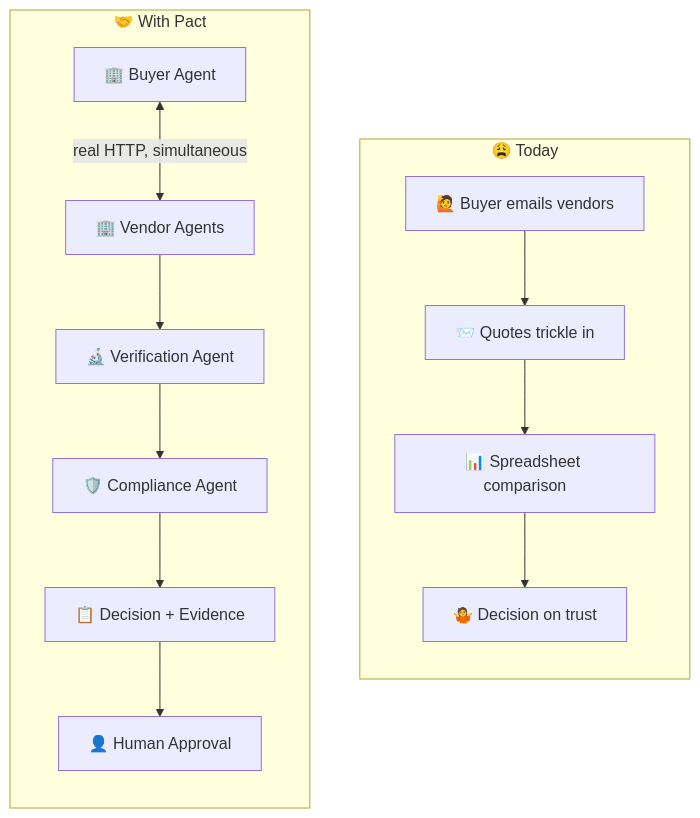
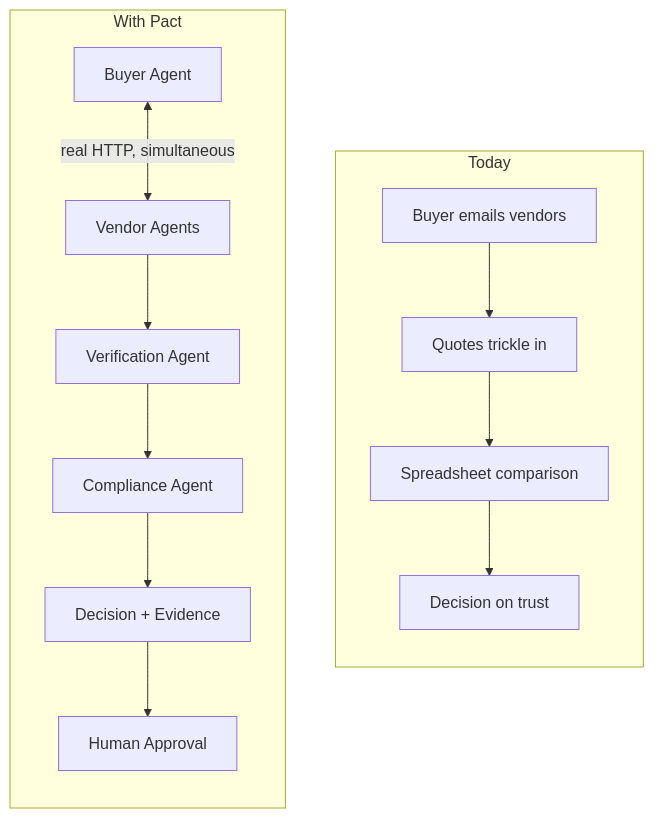
The second of 6 diagrams in README.md (maha-rk/pact), drawn with Mermaid before and after one commit. The commit also changed other lines of this file, not shown here.

````diff
--- a/README.md
+++ b/README.md
@@ -83,17 +83,17 @@
 ```mermaid
 flowchart TD
-    subgraph today["😩 Today"]
+    subgraph today["Today"]
         direction TB
-        T1["🙋 Buyer emails vendors"] --> T2["📨 Quotes trickle in"]
-        T2 --> T3["📊 Spreadsheet comparison"]
-        T3 --> T4["🤷 Decision on trust"]
+        T1["Buyer emails vendors"] --> T2["Quotes trickle in"]
+        T2 --> T3["Spreadsheet comparison"]
+        T3 --> T4["Decision on trust"]
     end
-    subgraph pact["🤝 With Pact"]
+    subgraph pact["With Pact"]
         direction TB
-        P1["🏢 Buyer Agent"] <-->|"real HTTP, simultaneous"| P2["🏢 Vendor Agents"]
-        P2 --> P3["🔬 Verification Agent"]
-        P3 --> P4["🛡️ Compliance Agent"]
-        P4 --> P5["📋 Decision + Evidence"]
-        P5 --> P6["👤 Human Approval"]
+        P1["Buyer Agent"] <-->|"real HTTP, simultaneous"| P2["Vendor Agents"]
+        P2 --> P3["Verification Agent"]
+        P3 --> P4["Compliance Agent"]
+        P4 --> P5["Decision + Evidence"]
+        P5 --> P6["Human Approval"]
     end
 ```
````
